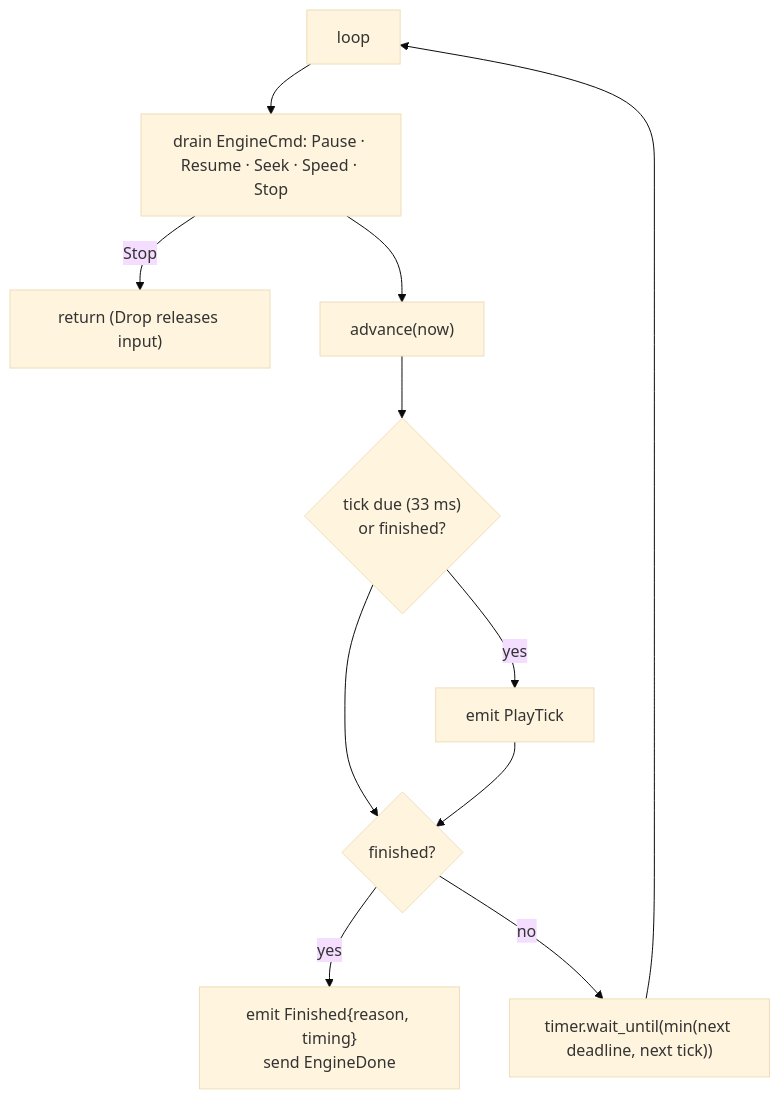
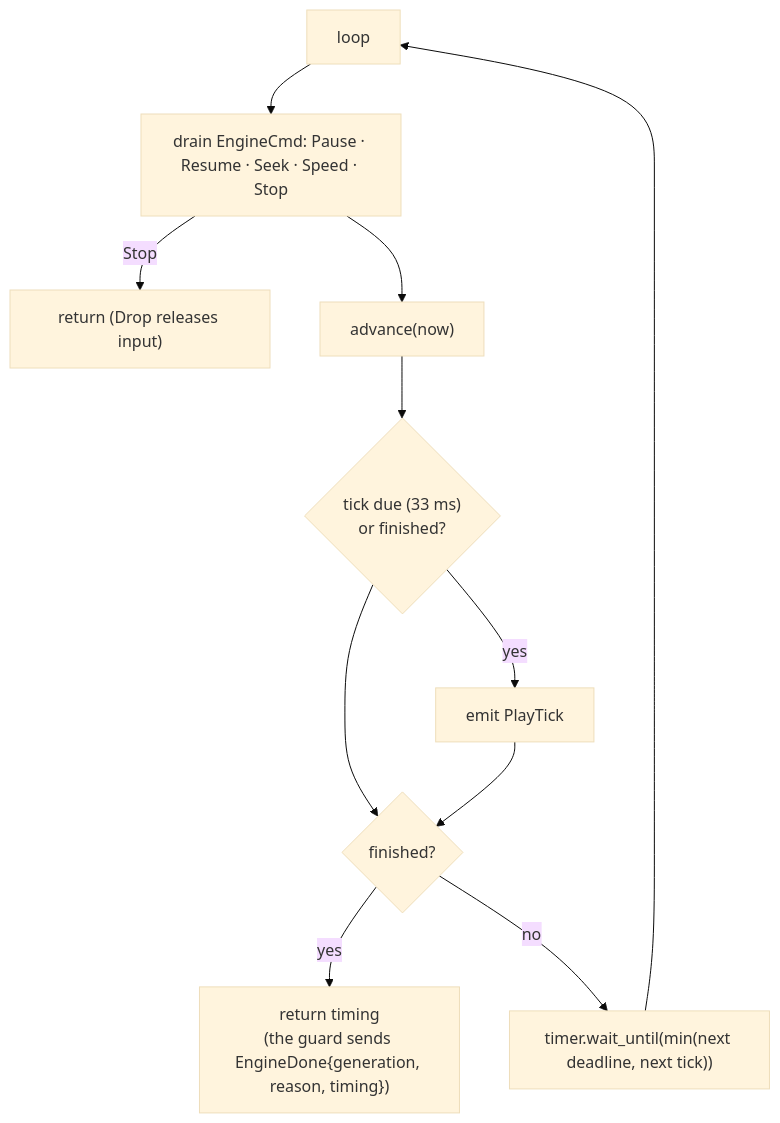
One commit to HappyRave/Relay changed the second of 2 diagrams in docs/engineering/app.md. Above: the diagram before and after it, drawn with Mermaid (base theme). The commit also changed other lines of this file and 8 other files, not shown here.

Commit message:
docs: the refactored architecture (hotkeys on the main thread, playback generations, hook press tracking, async-result guards, and more)

````diff
--- a/docs/engineering/app.md
+++ b/docs/engineering/app.md
@@ -130,13 +139,13 @@
 ```mermaid
 flowchart TD
     L["loop"] --> C["drain EngineCmd: Pause · Resume · Seek · Speed · Stop"]
     C -- Stop --> X["return (Drop releases input)"]
     C --> A["advance(now)"]
     A --> T{"tick due (33 ms)<br/>or finished?"}
     T -- yes --> PT["emit PlayTick"]
     T --> F{"finished?"}
     PT --> F
-    F -- yes --> FIN["emit Finished{reason, timing}<br/>send EngineDone"]
+    F -- yes --> FIN["return timing<br/>(the guard sends EngineDone{generation, reason, timing})"]
     F -- no --> W["timer.wait_until(min(next deadline, next tick))"]
     W --> L
 ```
````
